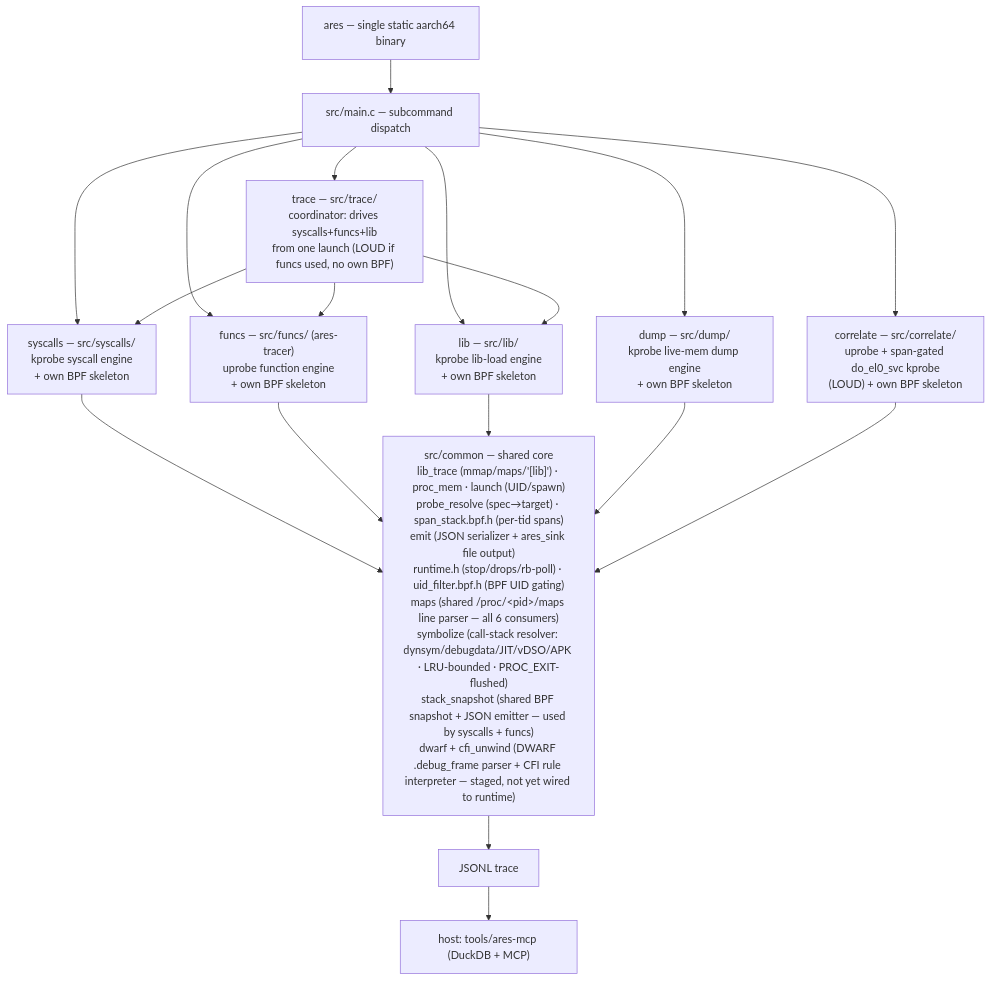
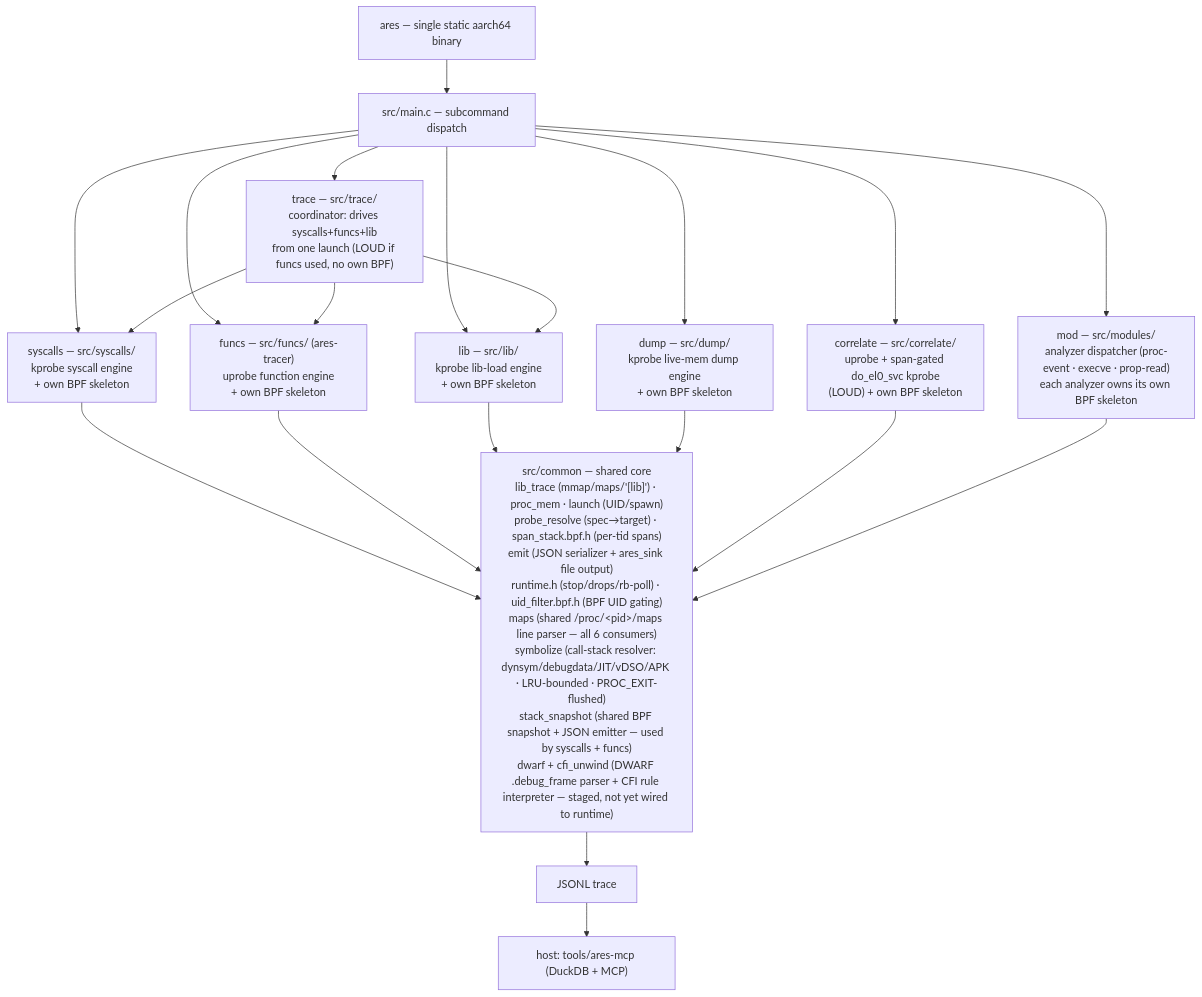
Before and after one commit to michaelaurelio/Anubee: the diagram in DOCUMENTATION.md, drawn with Mermaid. The commit also changed other lines of this file and 12 other files, not shown here.

````diff
--- a/DOCUMENTATION.md
+++ b/DOCUMENTATION.md
@@ -17,32 +17,35 @@
 ```mermaid
 flowchart TD
     ares["ares — single static aarch64 binary"]
     main["src/main.c — subcommand dispatch"]
     syscalls["syscalls — src/syscalls/<br/>kprobe syscall engine<br/>+ own BPF skeleton"]
     funcs["funcs — src/funcs/ (ares-tracer)<br/>uprobe function engine<br/>+ own BPF skeleton"]
     lib["lib — src/lib/<br/>kprobe lib-load engine<br/>+ own BPF skeleton"]
     dump["dump — src/dump/<br/>kprobe live-mem dump engine<br/>+ own BPF skeleton"]
     correlate["correlate — src/correlate/<br/>uprobe + span-gated do_el0_svc kprobe<br/>(LOUD) + own BPF skeleton"]
     tracecmd["trace — src/trace/<br/>coordinator: drives syscalls+funcs+lib<br/>from one launch (LOUD if funcs used, no own BPF)"]
+    mod["mod — src/modules/<br/>analyzer dispatcher (proc-event · execve · prop-read)<br/>each analyzer owns its own BPF skeleton"]
     common["src/common — shared core<br/>lib_trace (mmap/maps/'[lib]') · proc_mem · launch (UID/spawn)<br/>probe_resolve (spec→target) · span_stack.bpf.h (per-tid spans)<br/>emit (JSON serializer + ares_sink file output)<br/>runtime.h (stop/drops/rb-poll) · uid_filter.bpf.h (BPF UID gating)<br/>maps (shared /proc/&lt;pid&gt;/maps line parser — all 6 consumers)<br/>symbolize (call-stack resolver: dynsym/debugdata/JIT/vDSO/APK · LRU-bounded · PROC_EXIT-flushed)<br/>stack_snapshot (shared BPF snapshot + JSON emitter — used by syscalls + funcs)<br/>dwarf + cfi_unwind (DWARF .debug_frame parser + CFI rule interpreter — staged, not yet wired to runtime)"]
     trace["JSONL trace"]
     mcp["host: tools/ares-mcp (DuckDB + MCP)"]
 
     ares --> main
     main --> syscalls
     main --> funcs
     main --> lib
     main --> dump
     main --> correlate
     main --> tracecmd
+    main --> mod
     tracecmd --> syscalls
     tracecmd --> funcs
     tracecmd --> lib
     syscalls --> common
     funcs --> common
     lib --> common
     dump --> common
     correlate --> common
+    mod --> common
     common --> trace
     trace --> mcp
 ```
````
